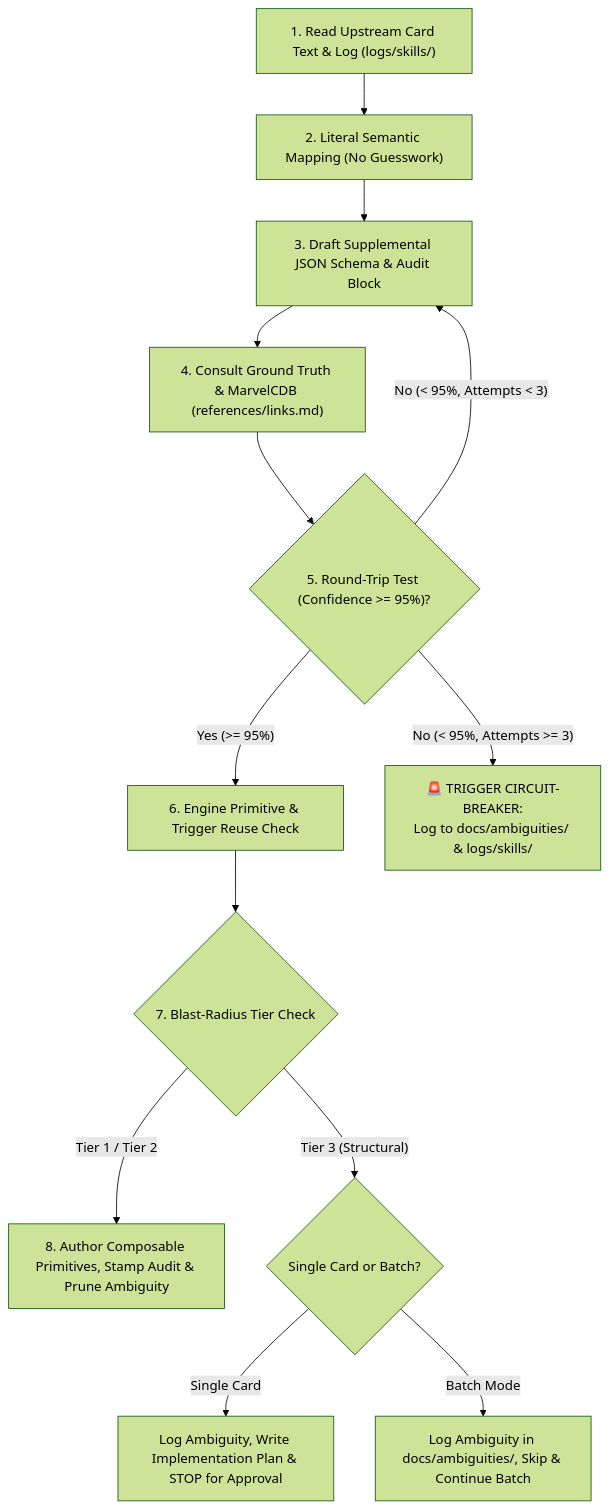
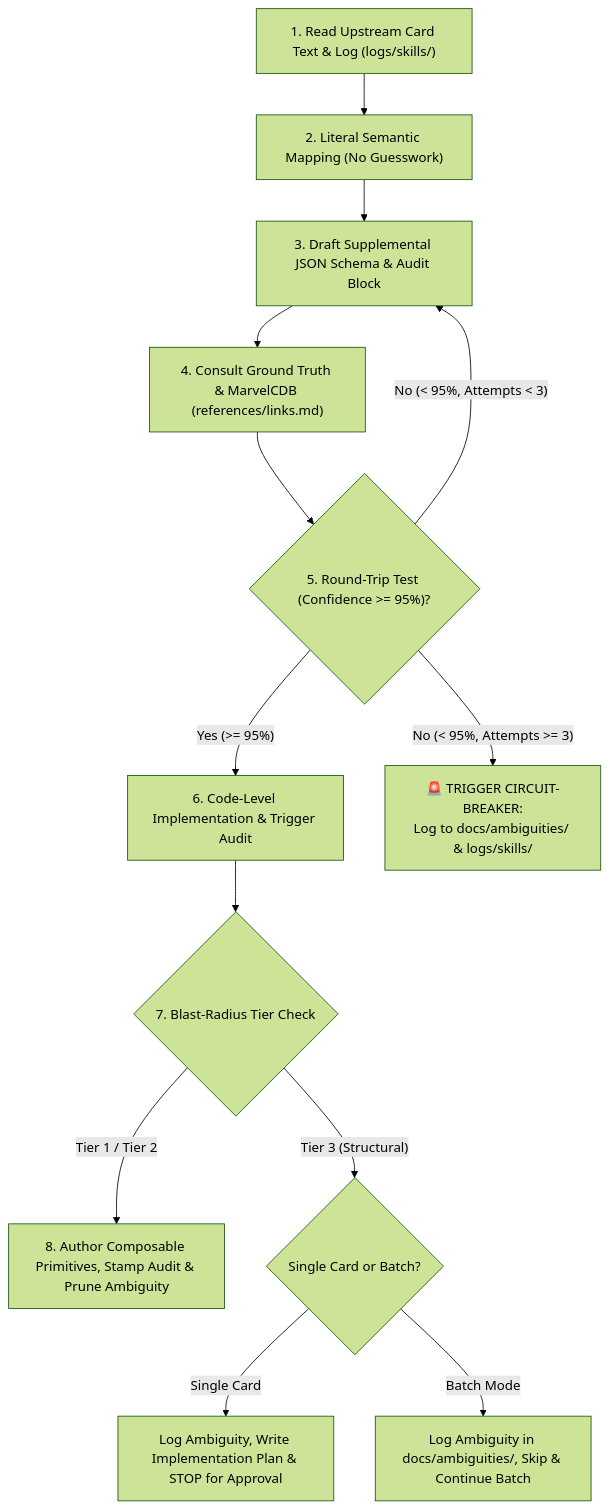
One commit to SteveRodrigue/MCD changed the diagram in docs/guidelines/card_integration_protocol.md. Above: the diagram before and after it, drawn with Mermaid (forest theme). The commit also changed other lines of this file and 3 other files, not shown here.

Commit message:
feat(protocol): mandate Step 6 code-level implementation and trigger emission audit in skill, guidelines, and ADR-0021

````diff
--- a/docs/guidelines/card_integration_protocol.md
+++ b/docs/guidelines/card_integration_protocol.md
@@ -54,16 +54,16 @@
 ```mermaid
 flowchart TD
     S1["1. Read Upstream Card Text & Log (logs/skills/)"] --> S2["2. Literal Semantic Mapping (No Guesswork)"]
     S2 --> S3["3. Draft Supplemental JSON Schema & Audit Block"]
     S3 --> S4["4. Consult Ground Truth & MarvelCDB (references/links.md)"]
     S4 --> S5{"5. Round-Trip Test (Confidence >= 95%)?"}
-    S5 -- "Yes (>= 95%)" --> S6["6. Engine Primitive & Trigger Reuse Check"]
+    S5 -- "Yes (>= 95%)" --> S6["6. Code-Level Implementation & Trigger Audit"]
     S5 -- "No (< 95%, Attempts < 3)" --> S3
     S5 -- "No (< 95%, Attempts >= 3)" --> CB["🚨 TRIGGER CIRCUIT-BREAKER:
 Log to docs/ambiguities/ & logs/skills/"]
     S6 --> S7{"7. Blast-Radius Tier Check"}
     S7 -- "Tier 1 / Tier 2" --> S8["8. Author Composable Primitives, Stamp Audit & Prune Ambiguity"]
     S7 -- "Tier 3 (Structural)" --> T3{"Single Card or Batch?"}
     T3 -- "Single Card" --> T3S["Log Ambiguity, Write Implementation Plan & STOP for Approval"]
     T3 -- "Batch Mode" --> T3B["Log Ambiguity in docs/ambiguities/, Skip & Continue Batch"]
 ```
````
